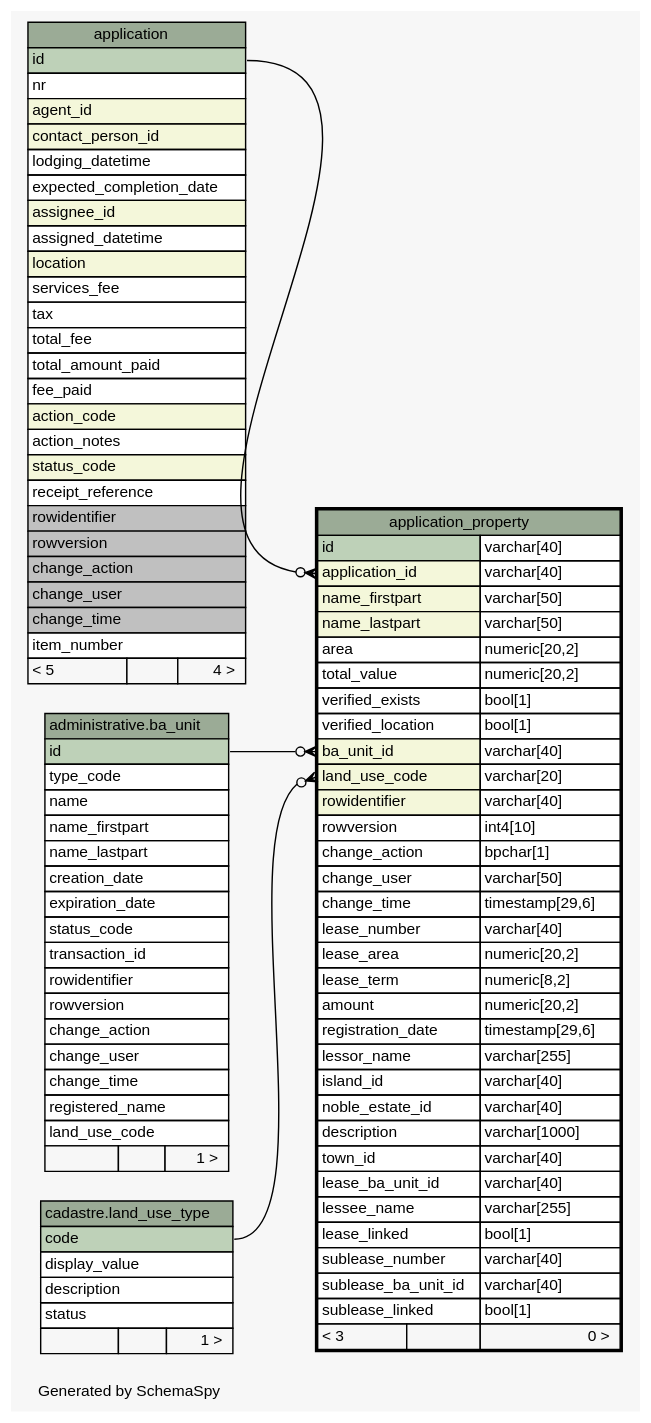
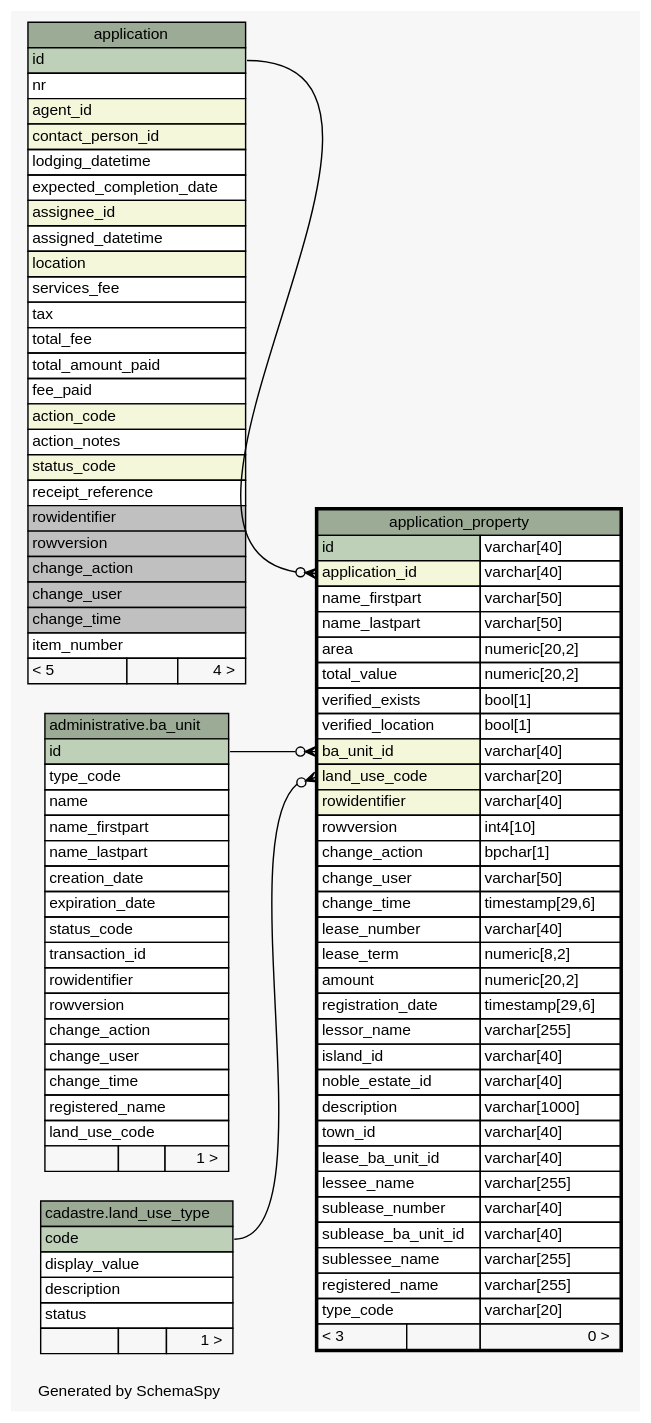
Before and after one commit to SOLA-TONGA/database: the diagram in doc/application/diagrams/application_property.1degree.dot, drawn with Graphviz. The commit also changed 286 other files, not shown here.

```diff
--- a/doc/application/diagrams/application_property.1degree.dot
+++ b/doc/application/diagrams/application_property.1degree.dot
@@ -1,136 +1,136 @@
 // dot 2.36.0 on Windows 7 6.1
 // SchemaSpy rev 590
 digraph "oneDegreeRelationshipsDiagram" {
   graph [
     rankdir="RL"
     bgcolor="#f7f7f7"
     label="\nGenerated by SchemaSpy"
     labeljust="l"
     nodesep="0.18"
     ranksep="0.46"
     fontname="Helvetica"
     fontsize="11"
   ];
   node [
     fontname="Helvetica"
     fontsize="11"
     shape="plaintext"
   ];
   edge [
     arrowsize="0.8"
   ];
   "application_property":"application_id":w -> "application":"id":e [arrowhead=none dir=back arrowtail=crowodot];
   "application_property":"ba_unit_id":w -> "administrative.ba_unit":"id":e [arrowhead=none dir=back arrowtail=crowodot];
   "application_property":"land_use_code":w -> "cadastre.land_use_type":"code":e [arrowhead=none dir=back arrowtail=crowodot];
   "application" [
     label=<
     <TABLE BORDER="0" CELLBORDER="1" CELLSPACING="0" BGCOLOR="#ffffff">
       <TR><TD COLSPAN="3" BGCOLOR="#9bab96" ALIGN="CENTER">application</TD></TR>
       <TR><TD PORT="id" COLSPAN="3" BGCOLOR="#bed1b8" ALIGN="LEFT">id</TD></TR>
       <TR><TD PORT="nr" COLSPAN="3" ALIGN="LEFT">nr</TD></TR>
       <TR><TD PORT="agent_id" COLSPAN="3" BGCOLOR="#f4f7da" ALIGN="LEFT">agent_id</TD></TR>
       <TR><TD PORT="contact_person_id" COLSPAN="3" BGCOLOR="#f4f7da" ALIGN="LEFT">contact_person_id</TD></TR>
       <TR><TD PORT="lodging_datetime" COLSPAN="3" ALIGN="LEFT">lodging_datetime</TD></TR>
       <TR><TD PORT="expected_completion_date" COLSPAN="3" ALIGN="LEFT">expected_completion_date</TD></TR>
       <TR><TD PORT="assignee_id" COLSPAN="3" BGCOLOR="#f4f7da" ALIGN="LEFT">assignee_id</TD></TR>
       <TR><TD PORT="assigned_datetime" COLSPAN="3" ALIGN="LEFT">assigned_datetime</TD></TR>
       <TR><TD PORT="location" COLSPAN="3" BGCOLOR="#f4f7da" ALIGN="LEFT">location</TD></TR>
       <TR><TD PORT="services_fee" COLSPAN="3" ALIGN="LEFT">services_fee</TD></TR>
       <TR><TD PORT="tax" COLSPAN="3" ALIGN="LEFT">tax</TD></TR>
       <TR><TD PORT="total_fee" COLSPAN="3" ALIGN="LEFT">total_fee</TD></TR>
       <TR><TD PORT="total_amount_paid" COLSPAN="3" ALIGN="LEFT">total_amount_paid</TD></TR>
       <TR><TD PORT="fee_paid" COLSPAN="3" ALIGN="LEFT">fee_paid</TD></TR>
       <TR><TD PORT="action_code" COLSPAN="3" BGCOLOR="#f4f7da" ALIGN="LEFT">action_code</TD></TR>
       <TR><TD PORT="action_notes" COLSPAN="3" ALIGN="LEFT">action_notes</TD></TR>
       <TR><TD PORT="status_code" COLSPAN="3" BGCOLOR="#f4f7da" ALIGN="LEFT">status_code</TD></TR>
       <TR><TD PORT="receipt_reference" COLSPAN="3" ALIGN="LEFT">receipt_reference</TD></TR>
       <TR><TD PORT="rowidentifier" COLSPAN="3" BGCOLOR="#c0c0c0" ALIGN="LEFT">rowidentifier</TD></TR>
       <TR><TD PORT="rowversion" COLSPAN="3" BGCOLOR="#c0c0c0" ALIGN="LEFT">rowversion</TD></TR>
       <TR><TD PORT="change_action" COLSPAN="3" BGCOLOR="#c0c0c0" ALIGN="LEFT">change_action</TD></TR>
       <TR><TD PORT="change_user" COLSPAN="3" BGCOLOR="#c0c0c0" ALIGN="LEFT">change_user</TD></TR>
       <TR><TD PORT="change_time" COLSPAN="3" BGCOLOR="#c0c0c0" ALIGN="LEFT">change_time</TD></TR>
       <TR><TD PORT="item_number" COLSPAN="3" ALIGN="LEFT">item_number</TD></TR>
       <TR><TD ALIGN="LEFT" BGCOLOR="#f7f7f7">&lt; 5</TD><TD ALIGN="RIGHT" BGCOLOR="#f7f7f7">  </TD><TD ALIGN="RIGHT" BGCOLOR="#f7f7f7">4 &gt;</TD></TR>
     </TABLE>>
     URL="application.html"
     tooltip="application"
   ];
   "application_property" [
     label=<
     <TABLE BORDER="2" CELLBORDER="1" CELLSPACING="0" BGCOLOR="#ffffff">
       <TR><TD COLSPAN="3" BGCOLOR="#9bab96" ALIGN="CENTER">application_property</TD></TR>
       <TR><TD PORT="id" COLSPAN="2" BGCOLOR="#bed1b8" ALIGN="LEFT">id</TD><TD PORT="id.type" ALIGN="LEFT">varchar[40]</TD></TR>
       <TR><TD PORT="application_id" COLSPAN="2" BGCOLOR="#f4f7da" ALIGN="LEFT">application_id</TD><TD PORT="application_id.type" ALIGN="LEFT">varchar[40]</TD></TR>
-      <TR><TD PORT="name_firstpart" COLSPAN="2" BGCOLOR="#f4f7da" ALIGN="LEFT">name_firstpart</TD><TD PORT="name_firstpart.type" ALIGN="LEFT">varchar[50]</TD></TR>
-      <TR><TD PORT="name_lastpart" COLSPAN="2" BGCOLOR="#f4f7da" ALIGN="LEFT">name_lastpart</TD><TD PORT="name_lastpart.type" ALIGN="LEFT">varchar[50]</TD></TR>
+      <TR><TD PORT="name_firstpart" COLSPAN="2" ALIGN="LEFT">name_firstpart</TD><TD PORT="name_firstpart.type" ALIGN="LEFT">varchar[50]</TD></TR>
+      <TR><TD PORT="name_lastpart" COLSPAN="2" ALIGN="LEFT">name_lastpart</TD><TD PORT="name_lastpart.type" ALIGN="LEFT">varchar[50]</TD></TR>
       <TR><TD PORT="area" COLSPAN="2" ALIGN="LEFT">area</TD><TD PORT="area.type" ALIGN="LEFT">numeric[20,2]</TD></TR>
       <TR><TD PORT="total_value" COLSPAN="2" ALIGN="LEFT">total_value</TD><TD PORT="total_value.type" ALIGN="LEFT">numeric[20,2]</TD></TR>
       <TR><TD PORT="verified_exists" COLSPAN="2" ALIGN="LEFT">verified_exists</TD><TD PORT="verified_exists.type" ALIGN="LEFT">bool[1]</TD></TR>
       <TR><TD PORT="verified_location" COLSPAN="2" ALIGN="LEFT">verified_location</TD><TD PORT="verified_location.type" ALIGN="LEFT">bool[1]</TD></TR>
       <TR><TD PORT="ba_unit_id" COLSPAN="2" BGCOLOR="#f4f7da" ALIGN="LEFT">ba_unit_id</TD><TD PORT="ba_unit_id.type" ALIGN="LEFT">varchar[40]</TD></TR>
       <TR><TD PORT="land_use_code" COLSPAN="2" BGCOLOR="#f4f7da" ALIGN="LEFT">land_use_code</TD><TD PORT="land_use_code.type" ALIGN="LEFT">varchar[20]</TD></TR>
       <TR><TD PORT="rowidentifier" COLSPAN="2" BGCOLOR="#f4f7da" ALIGN="LEFT">rowidentifier</TD><TD PORT="rowidentifier.type" ALIGN="LEFT">varchar[40]</TD></TR>
       <TR><TD PORT="rowversion" COLSPAN="2" ALIGN="LEFT">rowversion</TD><TD PORT="rowversion.type" ALIGN="LEFT">int4[10]</TD></TR>
       <TR><TD PORT="change_action" COLSPAN="2" ALIGN="LEFT">change_action</TD><TD PORT="change_action.type" ALIGN="LEFT">bpchar[1]</TD></TR>
       <TR><TD PORT="change_user" COLSPAN="2" ALIGN="LEFT">change_user</TD><TD PORT="change_user.type" ALIGN="LEFT">varchar[50]</TD></TR>
       <TR><TD PORT="change_time" COLSPAN="2" ALIGN="LEFT">change_time</TD><TD PORT="change_time.type" ALIGN="LEFT">timestamp[29,6]</TD></TR>
       <TR><TD PORT="lease_number" COLSPAN="2" ALIGN="LEFT">lease_number</TD><TD PORT="lease_number.type" ALIGN="LEFT">varchar[40]</TD></TR>
-      <TR><TD PORT="lease_area" COLSPAN="2" ALIGN="LEFT">lease_area</TD><TD PORT="lease_area.type" ALIGN="LEFT">numeric[20,2]</TD></TR>
       <TR><TD PORT="lease_term" COLSPAN="2" ALIGN="LEFT">lease_term</TD><TD PORT="lease_term.type" ALIGN="LEFT">numeric[8,2]</TD></TR>
       <TR><TD PORT="amount" COLSPAN="2" ALIGN="LEFT">amount</TD><TD PORT="amount.type" ALIGN="LEFT">numeric[20,2]</TD></TR>
       <TR><TD PORT="registration_date" COLSPAN="2" ALIGN="LEFT">registration_date</TD><TD PORT="registration_date.type" ALIGN="LEFT">timestamp[29,6]</TD></TR>
       <TR><TD PORT="lessor_name" COLSPAN="2" ALIGN="LEFT">lessor_name</TD><TD PORT="lessor_name.type" ALIGN="LEFT">varchar[255]</TD></TR>
       <TR><TD PORT="island_id" COLSPAN="2" ALIGN="LEFT">island_id</TD><TD PORT="island_id.type" ALIGN="LEFT">varchar[40]</TD></TR>
       <TR><TD PORT="noble_estate_id" COLSPAN="2" ALIGN="LEFT">noble_estate_id</TD><TD PORT="noble_estate_id.type" ALIGN="LEFT">varchar[40]</TD></TR>
       <TR><TD PORT="description" COLSPAN="2" ALIGN="LEFT">description</TD><TD PORT="description.type" ALIGN="LEFT">varchar[1000]</TD></TR>
       <TR><TD PORT="town_id" COLSPAN="2" ALIGN="LEFT">town_id</TD><TD PORT="town_id.type" ALIGN="LEFT">varchar[40]</TD></TR>
       <TR><TD PORT="lease_ba_unit_id" COLSPAN="2" ALIGN="LEFT">lease_ba_unit_id</TD><TD PORT="lease_ba_unit_id.type" ALIGN="LEFT">varchar[40]</TD></TR>
       <TR><TD PORT="lessee_name" COLSPAN="2" ALIGN="LEFT">lessee_name</TD><TD PORT="lessee_name.type" ALIGN="LEFT">varchar[255]</TD></TR>
-      <TR><TD PORT="lease_linked" COLSPAN="2" ALIGN="LEFT">lease_linked</TD><TD PORT="lease_linked.type" ALIGN="LEFT">bool[1]</TD></TR>
       <TR><TD PORT="sublease_number" COLSPAN="2" ALIGN="LEFT">sublease_number</TD><TD PORT="sublease_number.type" ALIGN="LEFT">varchar[40]</TD></TR>
       <TR><TD PORT="sublease_ba_unit_id" COLSPAN="2" ALIGN="LEFT">sublease_ba_unit_id</TD><TD PORT="sublease_ba_unit_id.type" ALIGN="LEFT">varchar[40]</TD></TR>
-      <TR><TD PORT="sublease_linked" COLSPAN="2" ALIGN="LEFT">sublease_linked</TD><TD PORT="sublease_linked.type" ALIGN="LEFT">bool[1]</TD></TR>
+      <TR><TD PORT="sublessee_name" COLSPAN="2" ALIGN="LEFT">sublessee_name</TD><TD PORT="sublessee_name.type" ALIGN="LEFT">varchar[255]</TD></TR>
+      <TR><TD PORT="registered_name" COLSPAN="2" ALIGN="LEFT">registered_name</TD><TD PORT="registered_name.type" ALIGN="LEFT">varchar[255]</TD></TR>
+      <TR><TD PORT="type_code" COLSPAN="2" ALIGN="LEFT">type_code</TD><TD PORT="type_code.type" ALIGN="LEFT">varchar[20]</TD></TR>
       <TR><TD ALIGN="LEFT" BGCOLOR="#f7f7f7">&lt; 3</TD><TD ALIGN="RIGHT" BGCOLOR="#f7f7f7">  </TD><TD ALIGN="RIGHT" BGCOLOR="#f7f7f7">0 &gt;</TD></TR>
     </TABLE>>
     URL="application_property.html"
     tooltip="application_property"
   ];
   "administrative.ba_unit" [
     label=<
     <TABLE BORDER="0" CELLBORDER="1" CELLSPACING="0" BGCOLOR="#ffffff">
       <TR><TD COLSPAN="3" BGCOLOR="#9bab96" ALIGN="CENTER">administrative.ba_unit</TD></TR>
       <TR><TD PORT="id" COLSPAN="3" BGCOLOR="#bed1b8" ALIGN="LEFT">id</TD></TR>
       <TR><TD PORT="type_code" COLSPAN="3" ALIGN="LEFT">type_code</TD></TR>
       <TR><TD PORT="name" COLSPAN="3" ALIGN="LEFT">name</TD></TR>
       <TR><TD PORT="name_firstpart" COLSPAN="3" ALIGN="LEFT">name_firstpart</TD></TR>
       <TR><TD PORT="name_lastpart" COLSPAN="3" ALIGN="LEFT">name_lastpart</TD></TR>
       <TR><TD PORT="creation_date" COLSPAN="3" ALIGN="LEFT">creation_date</TD></TR>
       <TR><TD PORT="expiration_date" COLSPAN="3" ALIGN="LEFT">expiration_date</TD></TR>
       <TR><TD PORT="status_code" COLSPAN="3" ALIGN="LEFT">status_code</TD></TR>
       <TR><TD PORT="transaction_id" COLSPAN="3" ALIGN="LEFT">transaction_id</TD></TR>
       <TR><TD PORT="rowidentifier" COLSPAN="3" ALIGN="LEFT">rowidentifier</TD></TR>
       <TR><TD PORT="rowversion" COLSPAN="3" ALIGN="LEFT">rowversion</TD></TR>
       <TR><TD PORT="change_action" COLSPAN="3" ALIGN="LEFT">change_action</TD></TR>
       <TR><TD PORT="change_user" COLSPAN="3" ALIGN="LEFT">change_user</TD></TR>
       <TR><TD PORT="change_time" COLSPAN="3" ALIGN="LEFT">change_time</TD></TR>
       <TR><TD PORT="registered_name" COLSPAN="3" ALIGN="LEFT">registered_name</TD></TR>
       <TR><TD PORT="land_use_code" COLSPAN="3" ALIGN="LEFT">land_use_code</TD></TR>
       <TR><TD ALIGN="LEFT" BGCOLOR="#f7f7f7">  </TD><TD ALIGN="RIGHT" BGCOLOR="#f7f7f7">  </TD><TD ALIGN="RIGHT" BGCOLOR="#f7f7f7">1 &gt;</TD></TR>
     </TABLE>>
     URL="../../administrative/tables/ba_unit.html"
     tooltip="administrative.ba_unit"
   ];
   "cadastre.land_use_type" [
     label=<
     <TABLE BORDER="0" CELLBORDER="1" CELLSPACING="0" BGCOLOR="#ffffff">
       <TR><TD COLSPAN="3" BGCOLOR="#9bab96" ALIGN="CENTER">cadastre.land_use_type</TD></TR>
       <TR><TD PORT="code" COLSPAN="3" BGCOLOR="#bed1b8" ALIGN="LEFT">code</TD></TR>
       <TR><TD PORT="display_value" COLSPAN="3" ALIGN="LEFT">display_value</TD></TR>
       <TR><TD PORT="description" COLSPAN="3" ALIGN="LEFT">description</TD></TR>
       <TR><TD PORT="status" COLSPAN="3" ALIGN="LEFT">status</TD></TR>
       <TR><TD ALIGN="LEFT" BGCOLOR="#f7f7f7">  </TD><TD ALIGN="RIGHT" BGCOLOR="#f7f7f7">  </TD><TD ALIGN="RIGHT" BGCOLOR="#f7f7f7">1 &gt;</TD></TR>
     </TABLE>>
     URL="../../cadastre/tables/land_use_type.html"
     tooltip="cadastre.land_use_type"
   ];
 }
```
